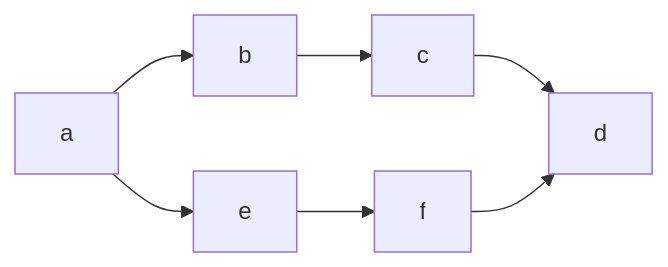
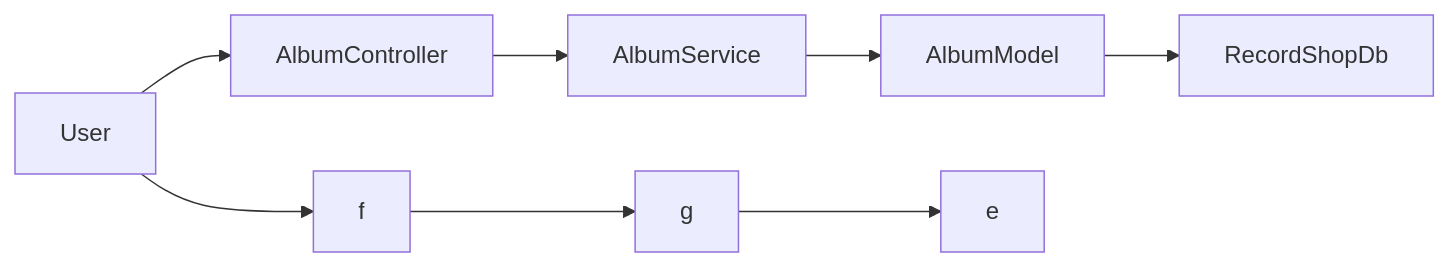
Before and after one commit to thecodingrunner/RecordApplication: the diagram in README.md, drawn with Mermaid.

````diff
--- a/README.md
+++ b/README.md
@@ -4,9 +4,10 @@
 ```mermaid
 flowchart LR
-   a --> b;
-   b --> c;
-   c --> d;
-   a --> e;
-   e --> f;
-   f --> d;
+   User --> AlbumController;
+   AlbumController --> AlbumService;
+   AlbumService --> AlbumModel;
+   AlbumModel --> RecordShopDb;
+   User --> f;
+   f --> g;
+   g --> e;
 ```
````
